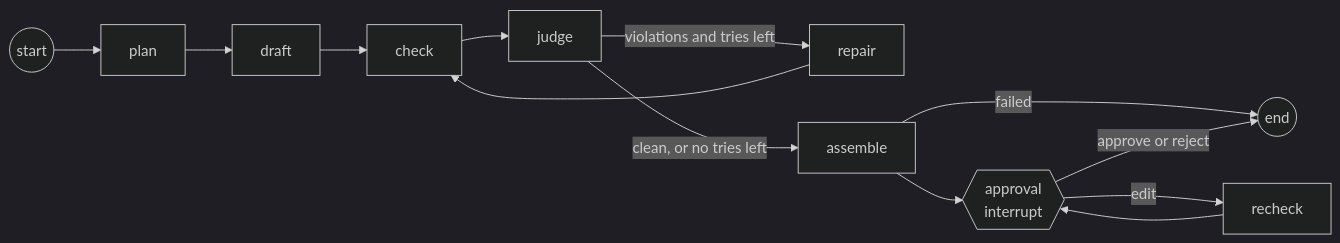
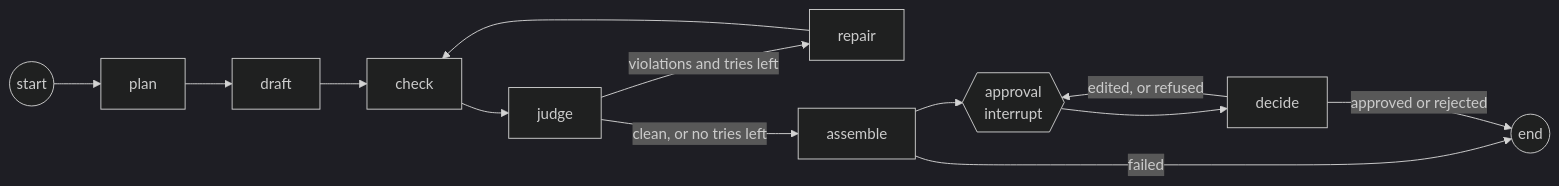
One commit to ibrahimahmed237/masar-job-agent changed the second of 2 diagrams in docs/lld/agent.md. Above: the diagram before and after it, drawn with Mermaid (dark theme). The commit also changed other lines of this file and 4 other files, not shown here.

````diff
--- a/docs/lld/agent.md
+++ b/docs/lld/agent.md
@@ -48,10 +51,11 @@
 ```mermaid
 flowchart LR
   S((start)) --> plan --> draft --> check --> judge
   judge -->|violations and tries left| repair --> check
   judge -->|clean, or no tries left| assemble
   assemble -->|failed| E((end))
   assemble --> approval{{approval<br/>interrupt}}
-  approval -->|edit| recheck --> approval
-  approval -->|approve or reject| E
+  approval --> decide
+  decide -->|approved or rejected| E
+  decide -->|edited, or refused| approval
 ```
````
